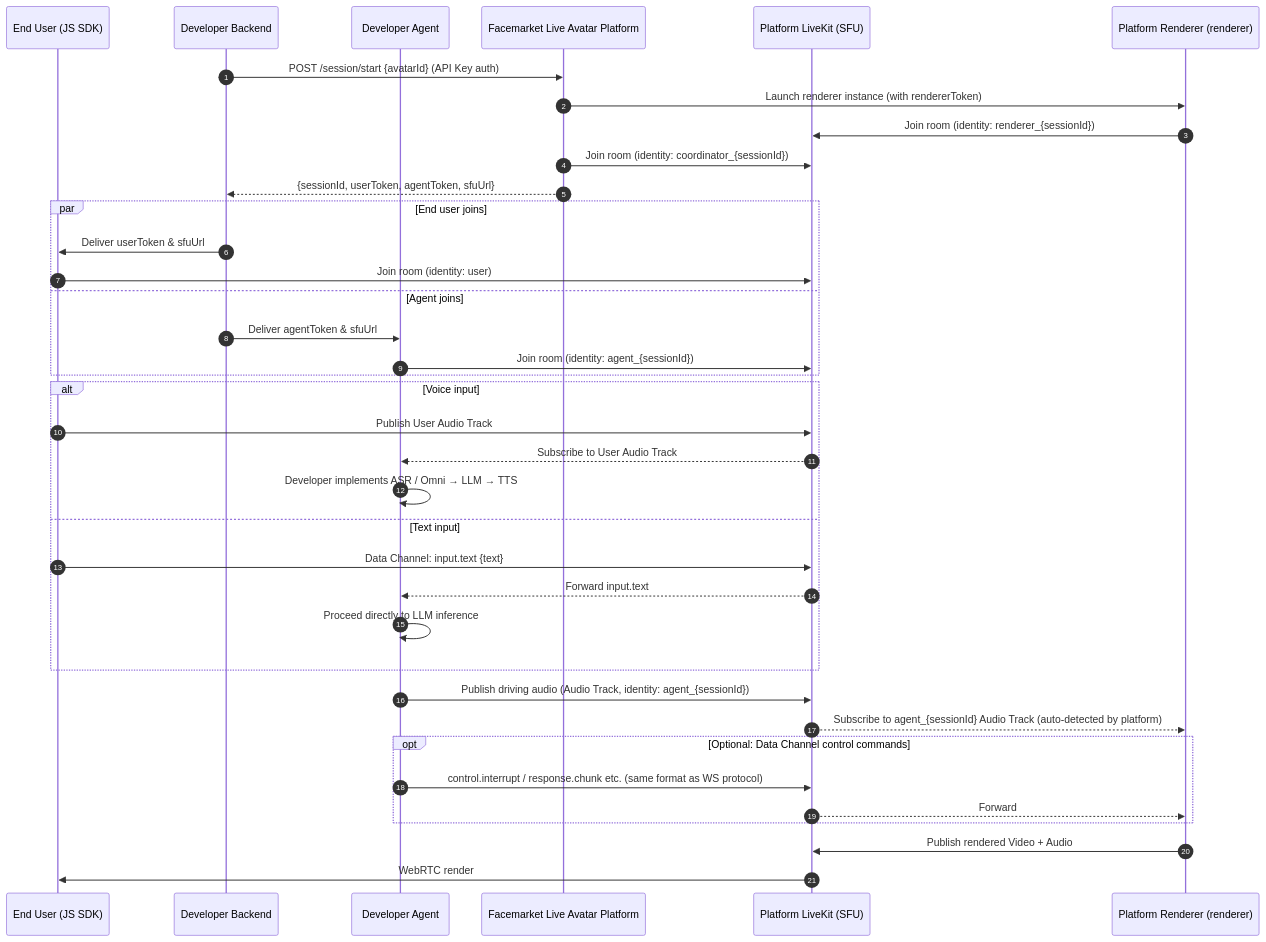
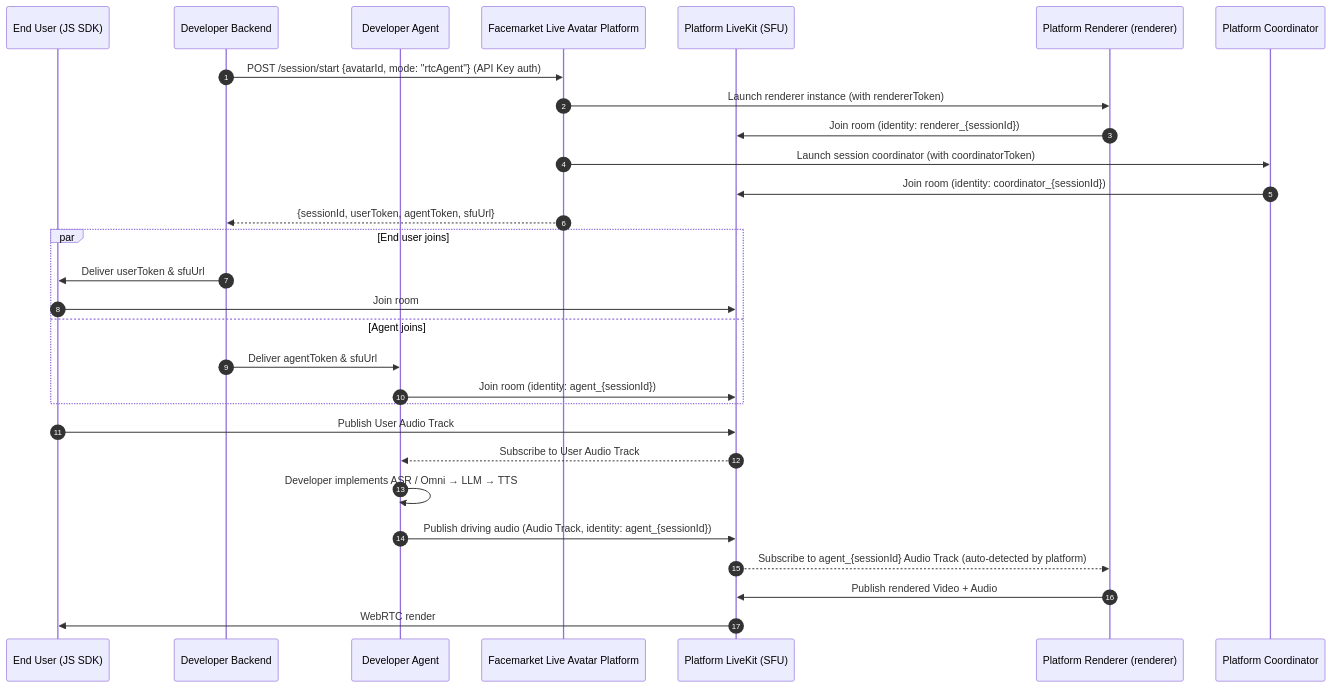
One commit to newportAI-lab/liveavatar-integration-guide changed the second of 3 diagrams in Live Avatar Integration Guide.md. Above: the diagram before and after it, drawn with Mermaid. The commit also changed other lines of this file and 2 other files, not shown here.

````diff
--- a/Live Avatar Integration Guide.md
+++ b/Live Avatar Integration Guide.md
@@ -443,43 +467,34 @@
 ```mermaid
 sequenceDiagram
     autonumber
     participant Client as End User (JS SDK)
     participant Backend as Developer Backend
     participant Agent as Developer Agent
     participant Platform as Facemarket Live Avatar Platform
     participant LiveKit as Platform LiveKit (SFU)
     participant Renderer as Platform Renderer (renderer)
+    participant Coordinator as Platform Coordinator
 
-    Backend->>Platform: POST /session/start {avatarId} (API Key auth)
+    Backend->>Platform: POST /session/start {avatarId, mode: "rtcAgent"} (API Key auth)
     Platform->>Renderer: Launch renderer instance (with rendererToken)
     Renderer->>LiveKit: Join room (identity: renderer_{sessionId})
-    Platform->>LiveKit: Join room (identity: coordinator_{sessionId})
+    Platform->>Coordinator: Launch session coordinator (with coordinatorToken)
+    Coordinator->>LiveKit: Join room (identity: coordinator_{sessionId})
     Platform-->>Backend: {sessionId, userToken, agentToken, sfuUrl}
 
     par End user joins
         Backend->>Client: Deliver userToken & sfuUrl
-        Client->>LiveKit: Join room (identity: user)
+        Client->>LiveKit: Join room
     and Agent joins
         Backend->>Agent: Deliver agentToken & sfuUrl
         Agent->>LiveKit: Join room (identity: agent_{sessionId})
     end
 
-    alt Voice input
-        Client->>LiveKit: Publish User Audio Track
-        LiveKit-->>Agent: Subscribe to User Audio Track
-        Agent->>Agent: Developer implements ASR / Omni → LLM → TTS
-    else Text input
-        Client->>LiveKit: Data Channel: input.text {text}
-        LiveKit-->>Agent: Forward input.text
-        Agent->>Agent: Proceed directly to LLM inference
-    end
-
+    Client->>LiveKit: Publish User Audio Track
+    LiveKit-->>Agent: Subscribe to User Audio Track
+    Agent->>Agent: Developer implements ASR / Omni → LLM → TTS
     Agent->>LiveKit: Publish driving audio (Audio Track, identity: agent_{sessionId})
     LiveKit-->>Renderer: Subscribe to agent_{sessionId} Audio Track (auto-detected by platform)
-    opt Optional: Data Channel control commands
-        Agent->>LiveKit: control.interrupt / response.chunk etc. (same format as WS protocol)
-        LiveKit-->>Renderer: Forward
-    end
     Renderer->>LiveKit: Publish rendered Video + Audio
     LiveKit->>Client: WebRTC render
 ```
````
